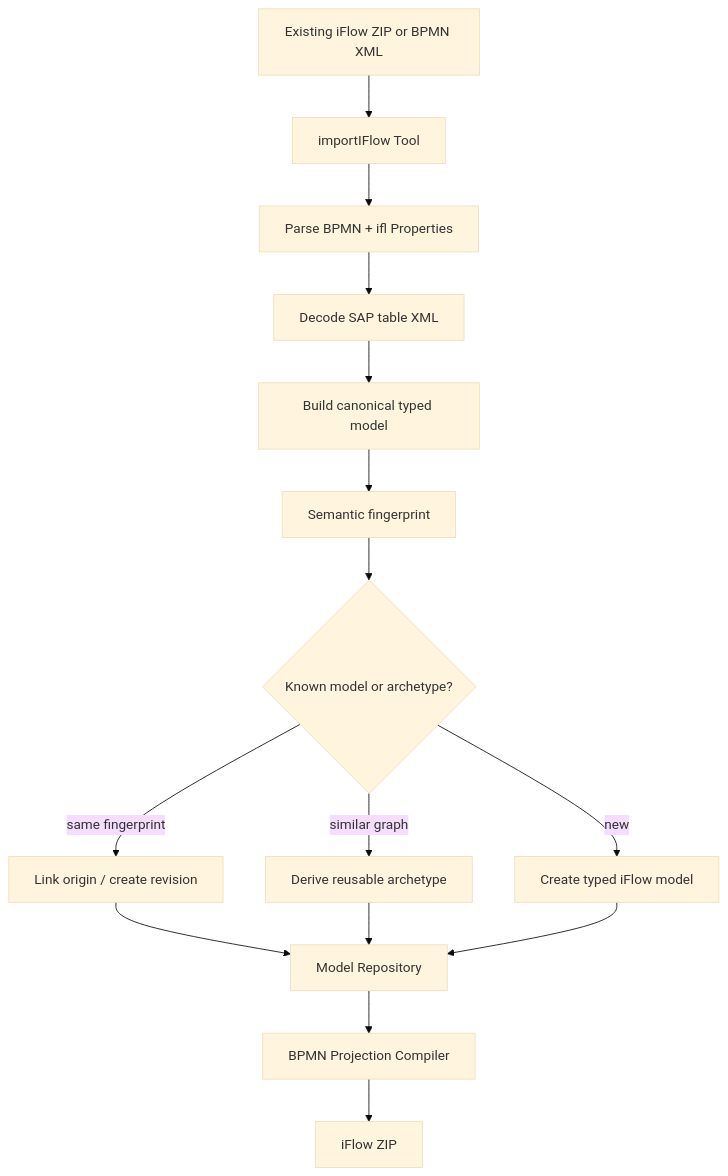
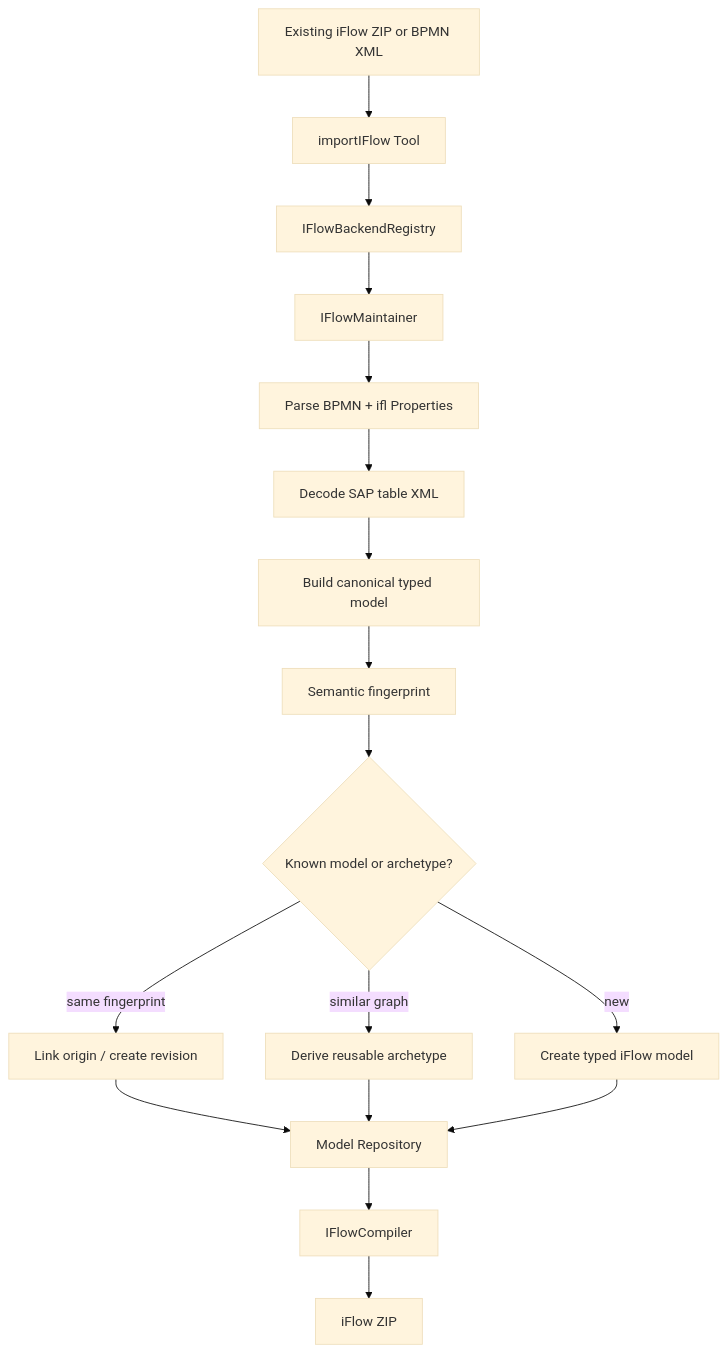
Before and after one commit to hqqw2h-lgtm/integrationsuite-agent: the third of 3 diagrams in docs/02-architecture.md, drawn with Mermaid (base theme). The commit also changed other lines of this file and 3 other files, not shown here.

````diff
--- a/docs/02-architecture.md
+++ b/docs/02-architecture.md
@@ -94,19 +98,21 @@
 ```mermaid
 flowchart TD
     Existing[Existing iFlow ZIP or BPMN XML] --> ImportTool[importIFlow Tool]
-    ImportTool --> Parse[Parse BPMN + ifl Properties]
+    ImportTool --> Registry[IFlowBackendRegistry]
+    Registry --> Maintainer[IFlowMaintainer]
+    Maintainer --> Parse[Parse BPMN + ifl Properties]
     Parse --> Decode[Decode SAP table XML]
     Decode --> Canonical[Build canonical typed model]
     Canonical --> Fingerprint[Semantic fingerprint]
 
     Fingerprint --> Known{Known model or archetype?}
     Known -->|same fingerprint| Revision[Link origin / create revision]
     Known -->|similar graph| Archetype[Derive reusable archetype]
     Known -->|new| NewModel[Create typed iFlow model]
 
     Revision --> Repo[Model Repository]
     Archetype --> Repo
     NewModel --> Repo
-    Repo --> Compiler[BPMN Projection Compiler]
+    Repo --> Compiler[IFlowCompiler]
     Compiler --> Zip[iFlow ZIP]
 ```
````
